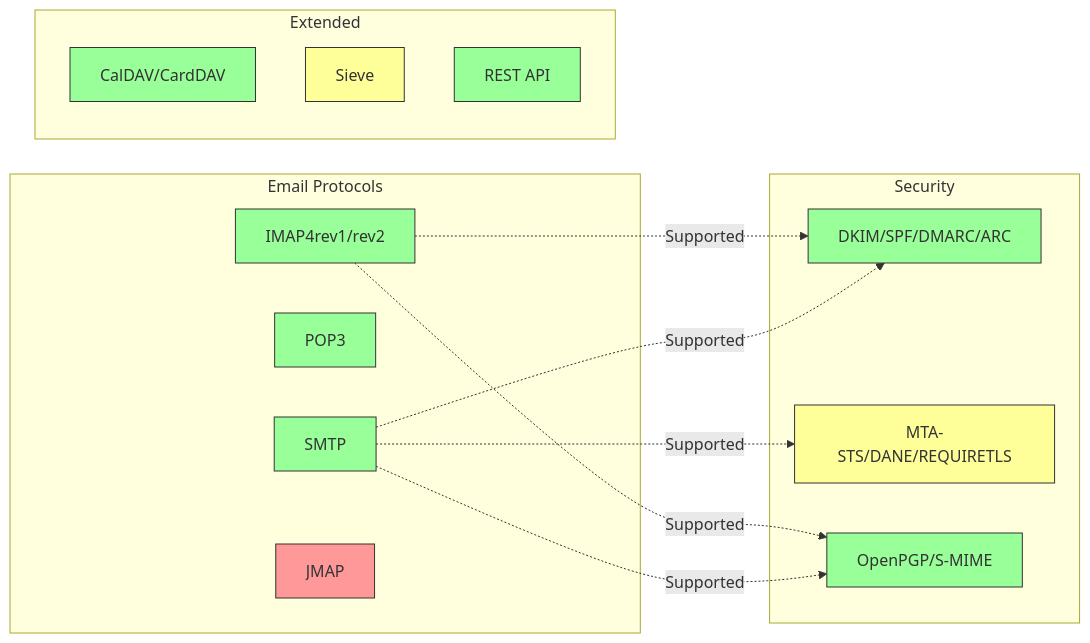
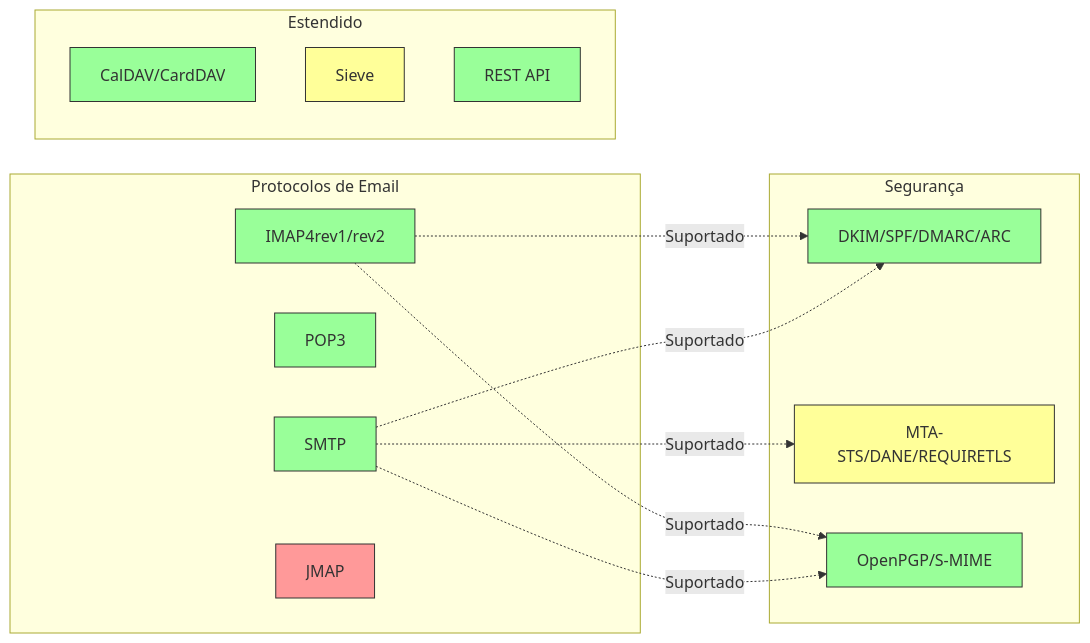
The second of 16 diagrams in app/views/docs/email-protocols-rfc-compliance-imap-smtp-pop3-comparison/index-pt.md (forwardemail/forwardemail.net), drawn with Mermaid before and after one commit. The commit also changed other lines of this file and 1055 other files, not shown here.

````diff
--- a/app/views/docs/email-protocols-rfc-compliance-imap-smtp-pop3-comparison/index-pt.md
+++ b/app/views/docs/email-protocols-rfc-compliance-imap-smtp-pop3-comparison/index-pt.md
@@ -185,38 +185,38 @@
 ```mermaid
 graph LR
-    subgraph "Email Protocols"
+    subgraph "Protocolos de Email"
         IMAP[IMAP4rev1/rev2]
         POP3[POP3]
         SMTP[SMTP]
         JMAP[JMAP]
     end
 
-    subgraph "Security"
+    subgraph "Segurança"
         AUTH[DKIM/SPF/DMARC/ARC]
         TLS[MTA-STS/DANE/REQUIRETLS]
         ENC[OpenPGP/S-MIME]
     end
 
-    subgraph "Extended"
+    subgraph "Estendido"
         CAL[CalDAV/CardDAV]
         FILTER[Sieve]
         API[REST API]
     end
 
-    IMAP -.->|Supported| AUTH
-    SMTP -.->|Supported| AUTH
-    SMTP -.->|Supported| TLS
-    IMAP -.->|Supported| ENC
-    SMTP -.->|Supported| ENC
+    IMAP -.->|Suportado| AUTH
+    SMTP -.->|Suportado| AUTH
+    SMTP -.->|Suportado| TLS
+    IMAP -.->|Suportado| ENC
+    SMTP -.->|Suportado| ENC
 
     style IMAP fill:#9f9,stroke:#333
     style POP3 fill:#9f9,stroke:#333
     style SMTP fill:#9f9,stroke:#333
     style JMAP fill:#f99,stroke:#333
     style AUTH fill:#9f9,stroke:#333
     style TLS fill:#ff9,stroke:#333
     style ENC fill:#9f9,stroke:#333
     style CAL fill:#9f9,stroke:#333
     style FILTER fill:#ff9,stroke:#333
     style API fill:#9f9,stroke:#333
 ```
````
